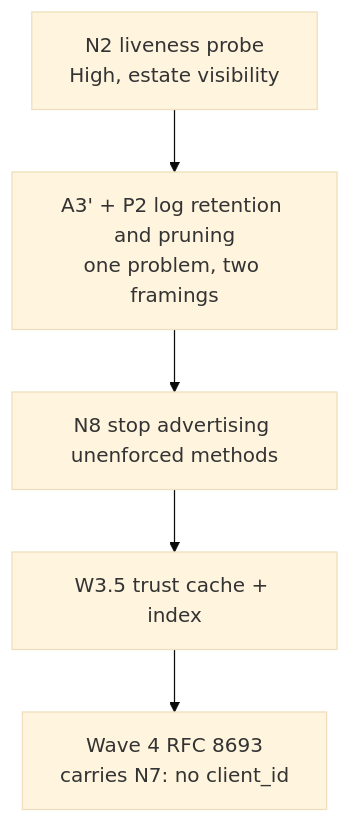
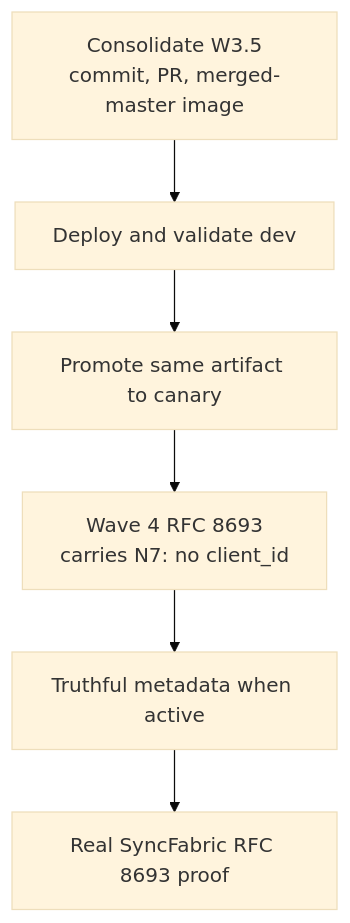
One commit to pranems/SCIMServer changed the diagram in docs/auth/REMAINING_WORK_REGISTER.md. Above: the diagram before and after it, drawn with Mermaid (base theme). The commit also changed other lines of this file and 55 other files, not shown here.

Commit message:
feat(auth): cache WIF trust lookup

````diff
--- a/docs/auth/REMAINING_WORK_REGISTER.md
+++ b/docs/auth/REMAINING_WORK_REGISTER.md
@@ -371,7 +371,8 @@
 ```mermaid
 flowchart TD
-    N2["N2 liveness probe<br/>High, estate visibility"] --> A3["A3' + P2 log retention and pruning<br/>one problem, two framings"]
-    A3 --> N8["N8 stop advertising unenforced methods"]
-    N8 --> W35["W3.5 trust cache + index"]
-    W35 --> W41["Wave 4 RFC 8693<br/>carries N7: no client_id"]
+  C35["Consolidate W3.5<br/>commit, PR, merged-master image"] --> DEV["Deploy and validate dev"]
+  DEV --> CANARY["Promote same artifact to canary"]
+  CANARY --> W41["Wave 4 RFC 8693<br/>carries N7: no client_id"]
+  W41 --> W42["Truthful metadata when active"]
+  W42 --> W43["Real SyncFabric RFC 8693 proof"]
 ```
````
